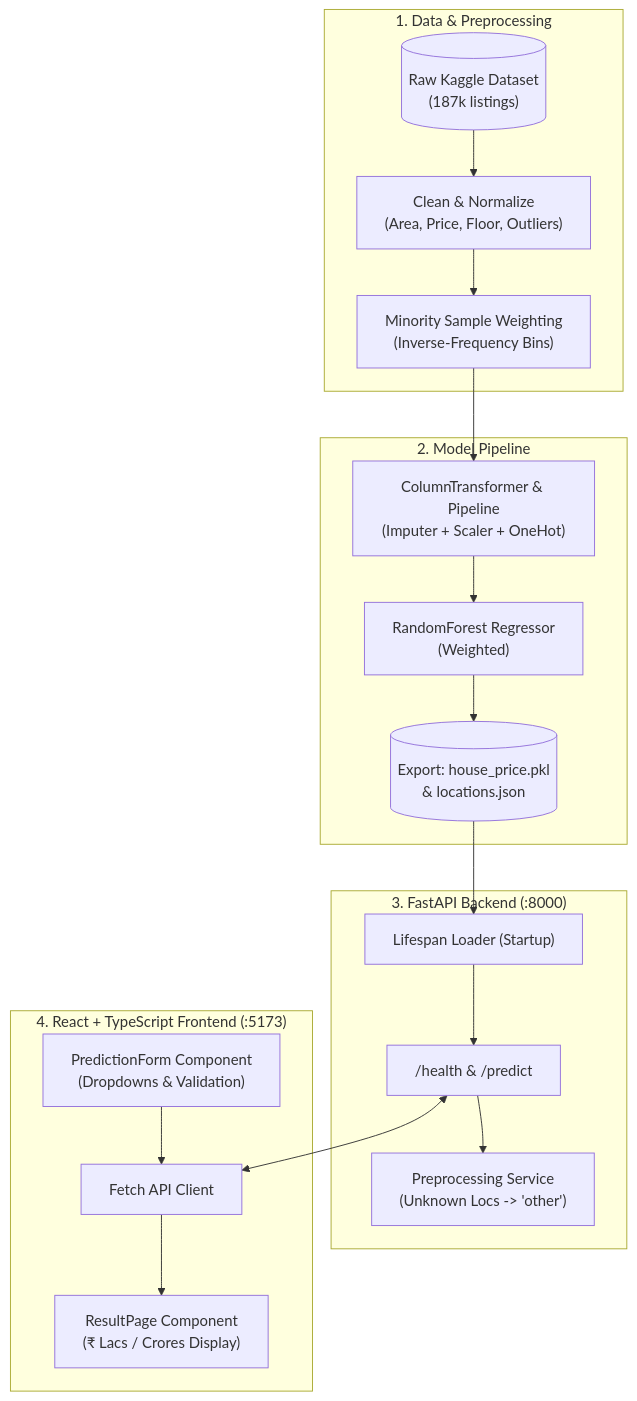
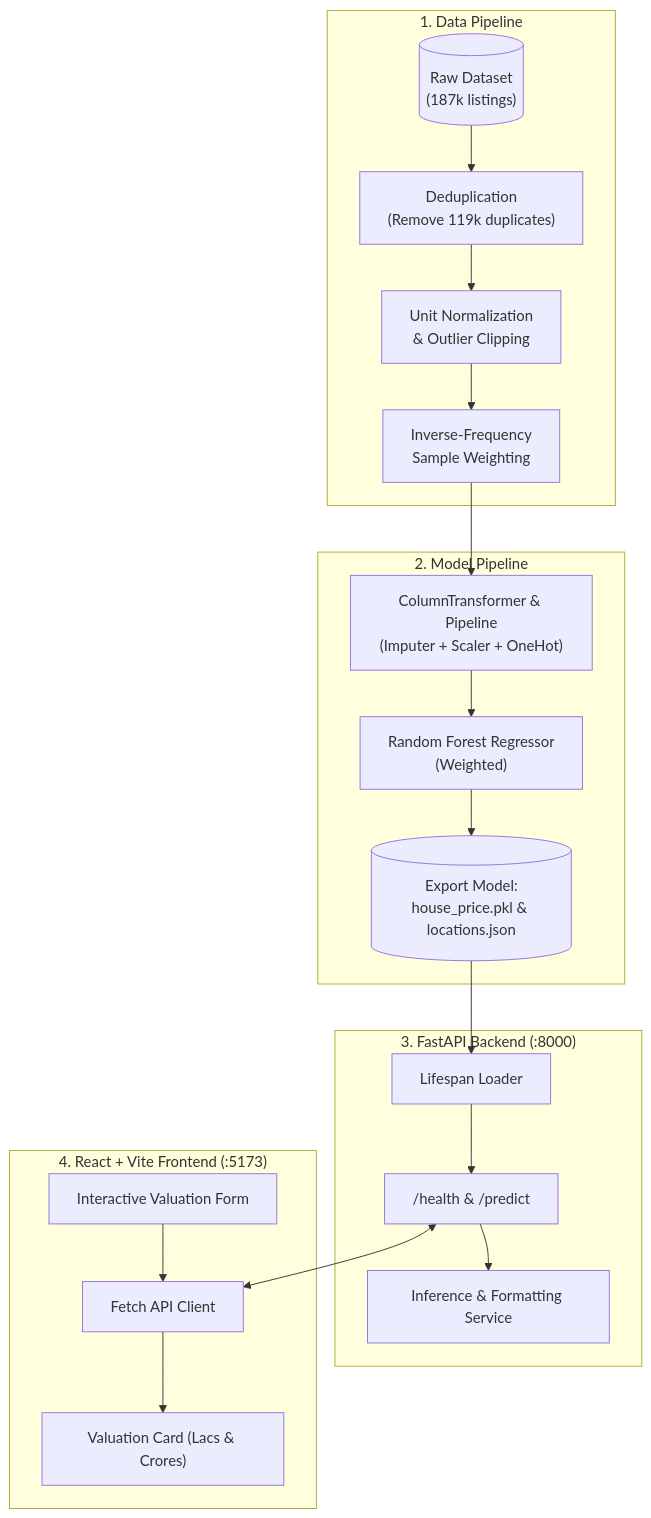
Before and after one commit to mahmoud738738/House-Price-Prediction-ML: the diagram in README.md, drawn with Mermaid. The commit also changed other lines of this file and 13 other files, not shown here.

````diff
--- a/README.md
+++ b/README.md
@@ -42,26 +158,27 @@
 ```mermaid
 flowchart TD
-    subgraph Data["1. Data & Preprocessing"]
-        CSV[("Raw Kaggle Dataset\n(187k listings)")] --> Cleaning["Clean & Normalize\n(Area, Price, Floor, Outliers)"]
-        Cleaning --> Weighting["Minority Sample Weighting\n(Inverse-Frequency Bins)"]
+    subgraph Data["1. Data Pipeline"]
+        Raw[("Raw Dataset\n(187k listings)")] --> Dedup["Deduplication\n(Remove 119k duplicates)"]
+        Dedup --> Clean["Unit Normalization\n& Outlier Clipping"]
+        Clean --> Weight["Inverse-Frequency\nSample Weighting"]
     end
 
-    subgraph Modeling["2. Model Pipeline"]
-        Weighting --> Pipeline["ColumnTransformer & Pipeline\n(Imputer + Scaler + OneHot)"]
-        Pipeline --> RF["RandomForest Regressor\n(Weighted)"]
-        RF --> PKL[("Export: house_price.pkl\n& locations.json")]
+    subgraph ML["2. Model Pipeline"]
+        Weight --> Pipeline["ColumnTransformer & Pipeline\n(Imputer + Scaler + OneHot)"]
+        Pipeline --> RF["Random Forest Regressor\n(Weighted)"]
+        RF --> Artifacts[("Export Model:\nhouse_price.pkl & locations.json")]
     end
 
     subgraph Backend["3. FastAPI Backend (:8000)"]
-        PKL --> Lifespan["Lifespan Loader (Startup)"]
-        Lifespan --> Endpoints["/health & /predict"]
-        Endpoints --> PreprocService["Preprocessing Service\n(Unknown Locs -> 'other')"]
+        Artifacts --> Loader["Lifespan Loader"]
+        Loader --> Routes["/health & /predict"]
+        Routes --> Service["Inference & Formatting Service"]
     end
 
-    subgraph Frontend["4. React + TypeScript Frontend (:5173)"]
-        Form["PredictionForm Component\n(Dropdowns & Validation)"] --> Client["Fetch API Client"]
-        Client --> ResultPage["ResultPage Component\n(₹ Lacs / Crores Display)"]
+    subgraph Frontend["4. React + Vite Frontend (:5173)"]
+        Form["Interactive Valuation Form"] --> API["Fetch API Client"]
+        API --> Result["Valuation Card (Lacs & Crores)"]
     end
 
-    Endpoints <--> Client
+    Routes <--> API
 ```
````
